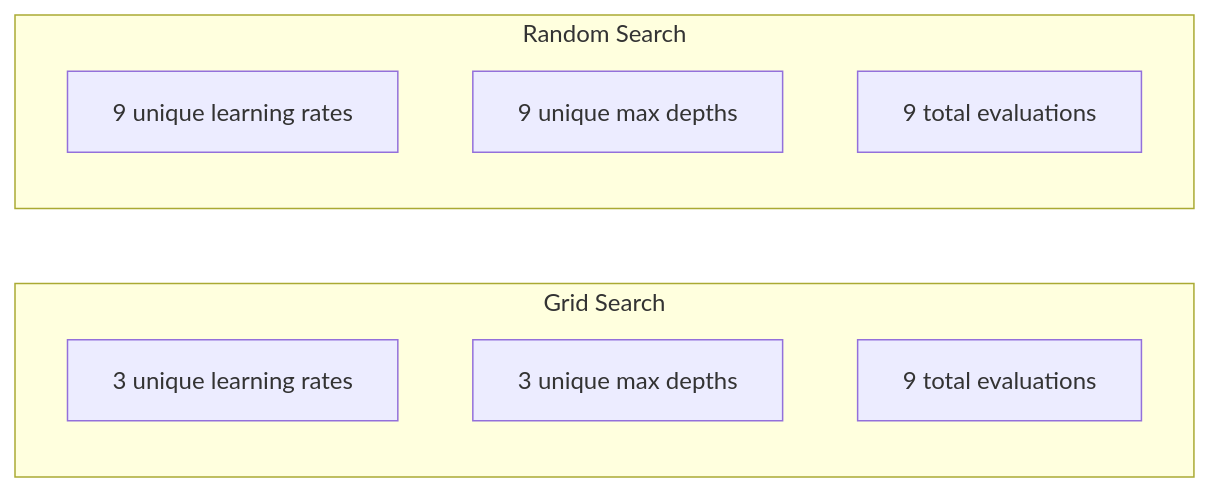
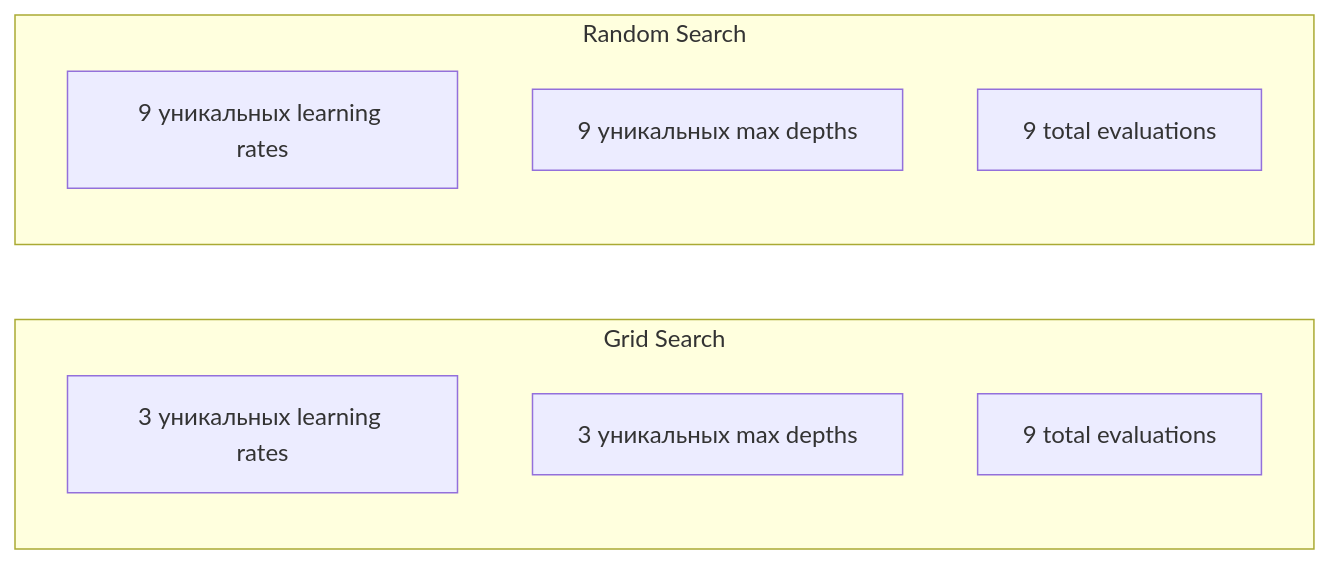
One commit to stabuev/ai-engineering-from-scratch changed the first of 4 diagrams in phases/02-ml-fundamentals/12-hyperparameter-tuning/docs/ru.md. Above: the diagram before and after it, drawn with Mermaid. The commit also changed other lines of this file and 22 other files, not shown here.

````diff
--- a/phases/02-ml-fundamentals/12-hyperparameter-tuning/docs/ru.md
+++ b/phases/02-ml-fundamentals/12-hyperparameter-tuning/docs/ru.md
@@ -61,14 +61,14 @@
 ```mermaid
 flowchart LR
     subgraph Grid Search
-        G1[3 unique learning rates]
-        G2[3 unique max depths]
+        G1[3 уникальных learning rates]
+        G2[3 уникальных max depths]
         G3[9 total evaluations]
     end
 
     subgraph Random Search
-        R1[9 unique learning rates]
-        R2[9 unique max depths]
+        R1[9 уникальных learning rates]
+        R2[9 уникальных max depths]
         R3[9 total evaluations]
     end
 ```
````
